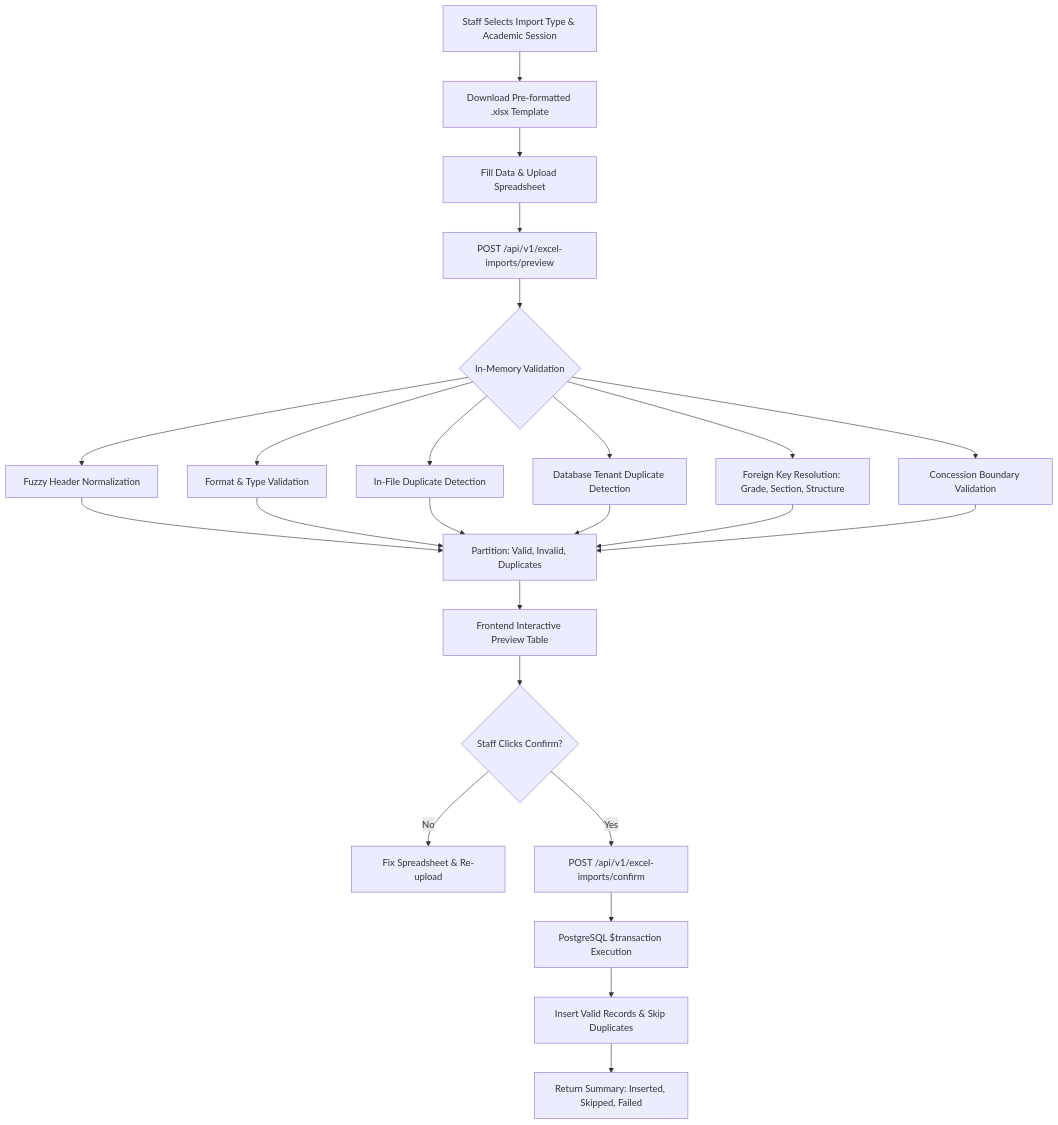
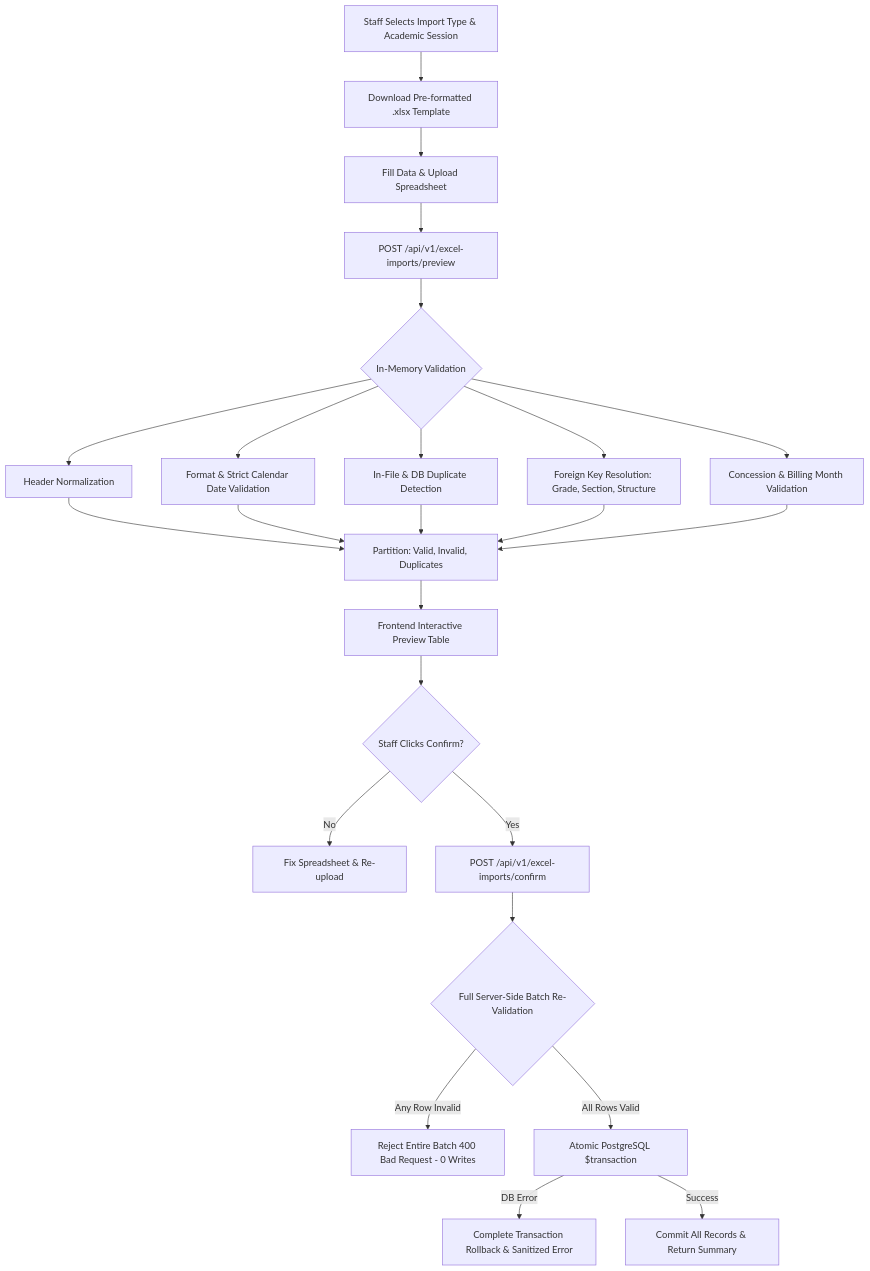
The diagram in docs/phase-2d-a-excel-imports.md (NishantGupta2024/school_managemenet_system), drawn with Mermaid before and after one commit. The commit also changed other lines of this file and 4 other files, not shown here.

Commit message:
fix(excel-imports): remediate Phase 2D-A confirm validation, atomic rollback, error sanitization, and date parsing

````diff
--- a/docs/phase-2d-a-excel-imports.md
+++ b/docs/phase-2d-a-excel-imports.md
@@ -70,21 +71,22 @@
 ```mermaid
 flowchart TD
     A[Staff Selects Import Type & Academic Session] --> B[Download Pre-formatted .xlsx Template]
     B --> C[Fill Data & Upload Spreadsheet]
     C --> D[POST /api/v1/excel-imports/preview]
     D --> E{In-Memory Validation}
-    E --> F[Fuzzy Header Normalization]
-    E --> G[Format & Type Validation]
-    E --> H[In-File Duplicate Detection]
-    E --> I[Database Tenant Duplicate Detection]
-    E --> J[Foreign Key Resolution: Grade, Section, Structure]
-    E --> K[Concession Boundary Validation]
-    F & G & H & I & J & K --> L[Partition: Valid, Invalid, Duplicates]
+    E --> F[Header Normalization]
+    E --> G[Format & Strict Calendar Date Validation]
+    E --> H[In-File & DB Duplicate Detection]
+    E --> I[Foreign Key Resolution: Grade, Section, Structure]
+    E --> J[Concession & Billing Month Validation]
+    F & G & H & I & J --> L[Partition: Valid, Invalid, Duplicates]
     L --> M[Frontend Interactive Preview Table]
     M --> N{Staff Clicks Confirm?}
     N -- No --> O[Fix Spreadsheet & Re-upload]
     N -- Yes --> P[POST /api/v1/excel-imports/confirm]
-    P --> Q[PostgreSQL $transaction Execution]
-    Q --> R[Insert Valid Records & Skip Duplicates]
-    R --> S[Return Summary: Inserted, Skipped, Failed]
+    P --> Q{Full Server-Side Batch Re-Validation}
+    Q -- Any Row Invalid --> R[Reject Entire Batch 400 Bad Request - 0 Writes]
+    Q -- All Rows Valid --> S[Atomic PostgreSQL $transaction]
+    S -- DB Error --> T[Complete Transaction Rollback & Sanitized Error]
+    S -- Success --> U[Commit All Records & Return Summary]
 ```
````
